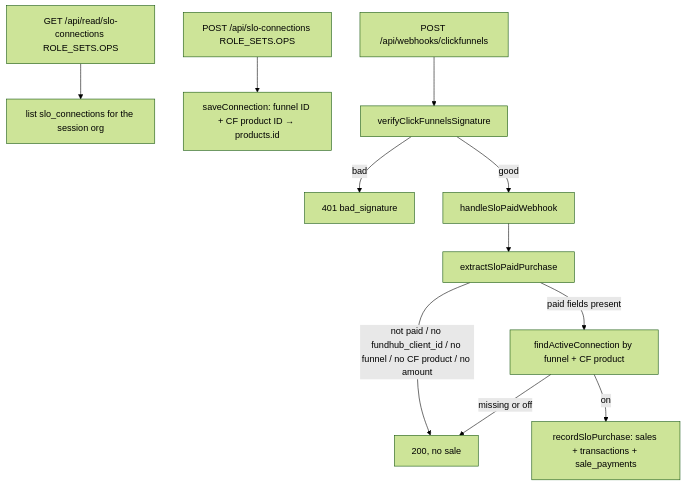
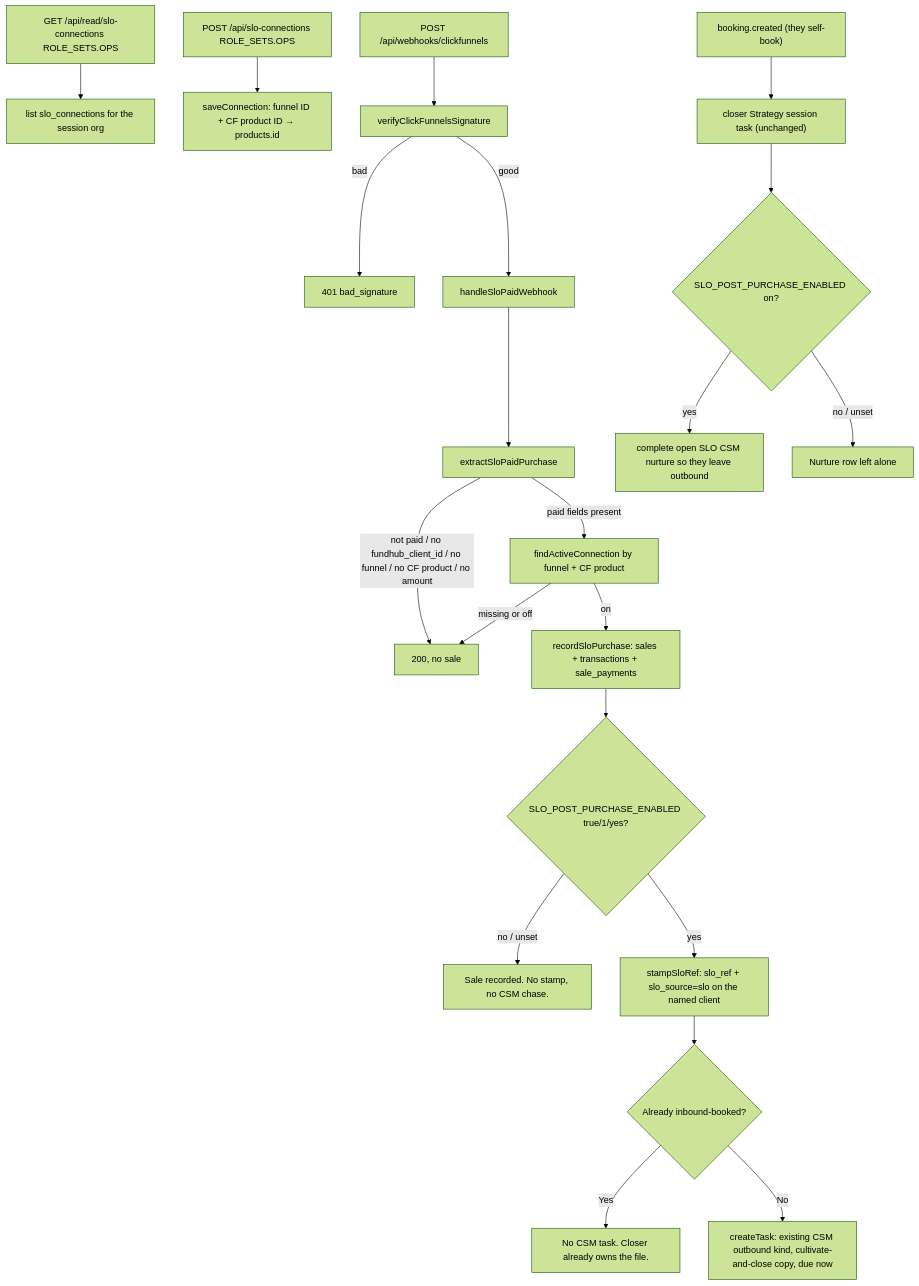
One commit to ZootimusMaximusSupreme/Fundhub_ai changed the diagram in docs/journeys/slo-connections-actual.md. Above: the diagram before and after it, drawn with Mermaid (forest theme). The commit also changed other lines of this file and 11 other files, not shown here.

First line of the commit message:
Keep tonight's SLO ClickFunnels post-purchase path off until the flag is on.

````diff
--- a/docs/journeys/slo-connections-actual.md
+++ b/docs/journeys/slo-connections-actual.md
@@ -7,13 +7,23 @@
 ```mermaid
 flowchart TD
   A["GET /api/read/slo-connections ROLE_SETS.OPS"] --> B["list slo_connections for the session org"]
   C["POST /api/slo-connections ROLE_SETS.OPS"] --> D["saveConnection: funnel ID + CF product ID → products.id"]
   E["POST /api/webhooks/clickfunnels"] --> F["verifyClickFunnelsSignature"]
   F -->|bad| G["401 bad_signature"]
   F -->|good| H["handleSloPaidWebhook"]
   H --> I["extractSloPaidPurchase"]
   I -->|not paid / no fundhub_client_id / no funnel / no CF product / no amount| J["200, no sale"]
   I -->|paid fields present| K["findActiveConnection by funnel + CF product"]
   K -->|missing or off| J
   K -->|on| L["recordSloPurchase: sales + transactions + sale_payments"]
+  L --> FLAG{"SLO_POST_PURCHASE_ENABLED true/1/yes?"}
+  FLAG -->|no / unset| J2["Sale recorded. No stamp, no CSM chase."]
+  FLAG -->|yes| M["stampSloRef: slo_ref + slo_source=slo on the named client"]
+  M --> N{"Already inbound-booked?"}
+  N -->|Yes| O["No CSM task. Closer already owns the file."]
+  N -->|No| P["createTask: existing CSM outbound kind, cultivate-and-close copy, due now"]
+  Q["booking.created (they self-book)"] --> R["closer Strategy session task (unchanged)"]
+  R --> FLAG2{"SLO_POST_PURCHASE_ENABLED on?"}
+  FLAG2 -->|yes| S["complete open SLO CSM nurture so they leave outbound"]
+  FLAG2 -->|no / unset| T["Nurture row left alone"]
 ```
````
